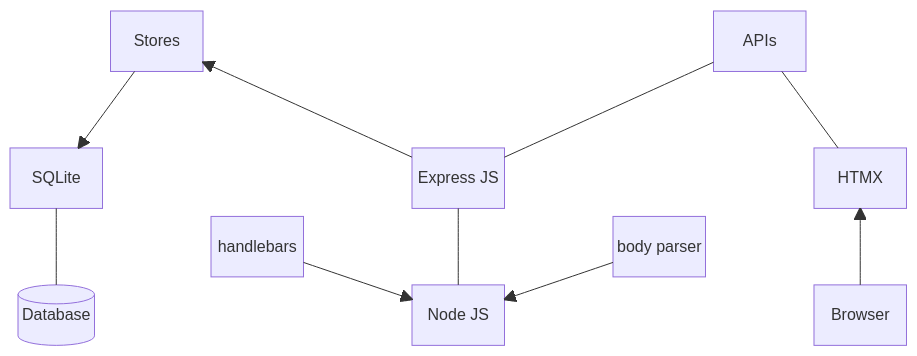
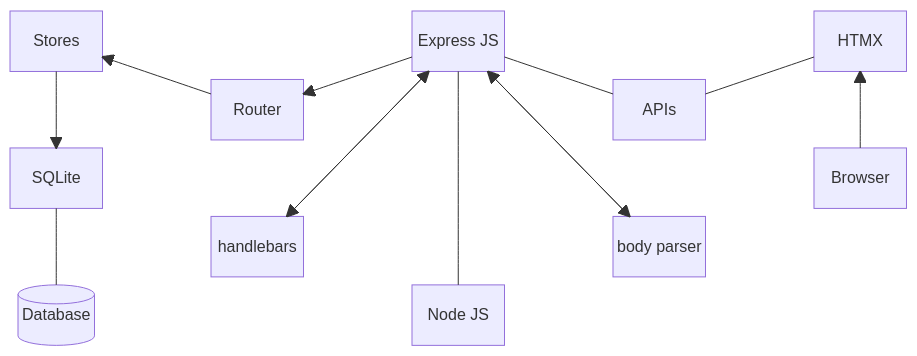
The diagram in README.md (TracyGJG/htmx-sqlite-todo), drawn with Mermaid before and after one commit. The commit also changed 3 other files, not shown here.

````diff
--- a/README.md
+++ b/README.md
@@ -33,56 +33,44 @@
 ```mermaid
 block-beta
     columns 9
 
-    space
     St["Stores"]
-    space
-    space
-    space
-    space
-    space
+    space:3
+    Ex["Express JS"]
+    space:3
+    H["HTMX"]
+
+    space:2
+    R["Router"]
+    space:3
     A["APIs"]
-    space
-
-    space:9
+    space:2
 
     Sq["SQLite"]
-    space
-    space
-    space
-    Ex["Express JS"]
-    space
-    space
-    space
-    H["HTMX"]
+    space:7
+    B["Browser"]
 
-    space
-    space
+    space:2
     Hbs["handlebars"]
-    space
-    space
-    space
+    space:3
     BP["body parser"]
-    space
-    space
+    space:2
 
     db[("Database")]
-    space
-    space
-    space
+    space:3
     N["Node JS"]
-    space
-    space
-    space
-    B["Browser"]
+    space:4
 
     Sq --- db
     St --> Sq
-    Ex --> St
-    Hbs --> N
+    Ex --> R
+    R --> St
+    Hbs --> Ex
+    Ex --> Hbs
     N --- Ex
-    BP --> N
-    Ex --- A
-    A --- H
+    BP --> Ex
+    Ex --> BP
+    H --- A
+    A --- Ex
     B --> H
 ```
````
